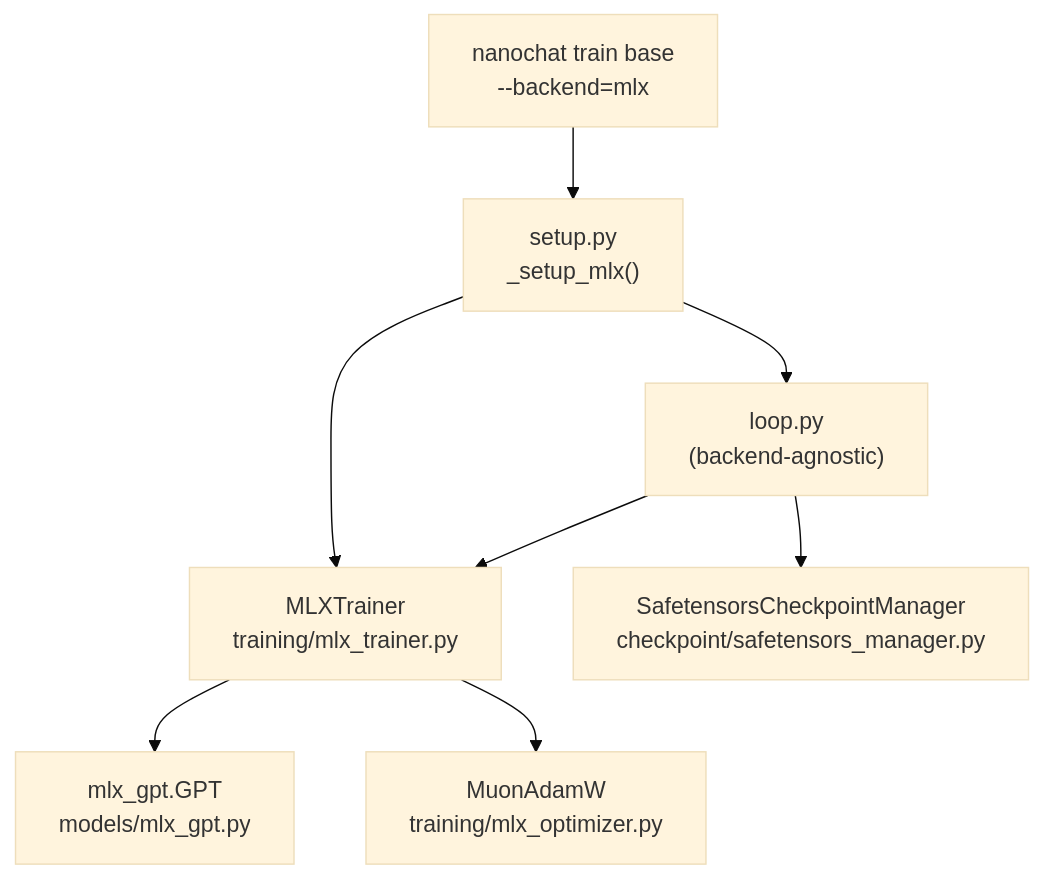
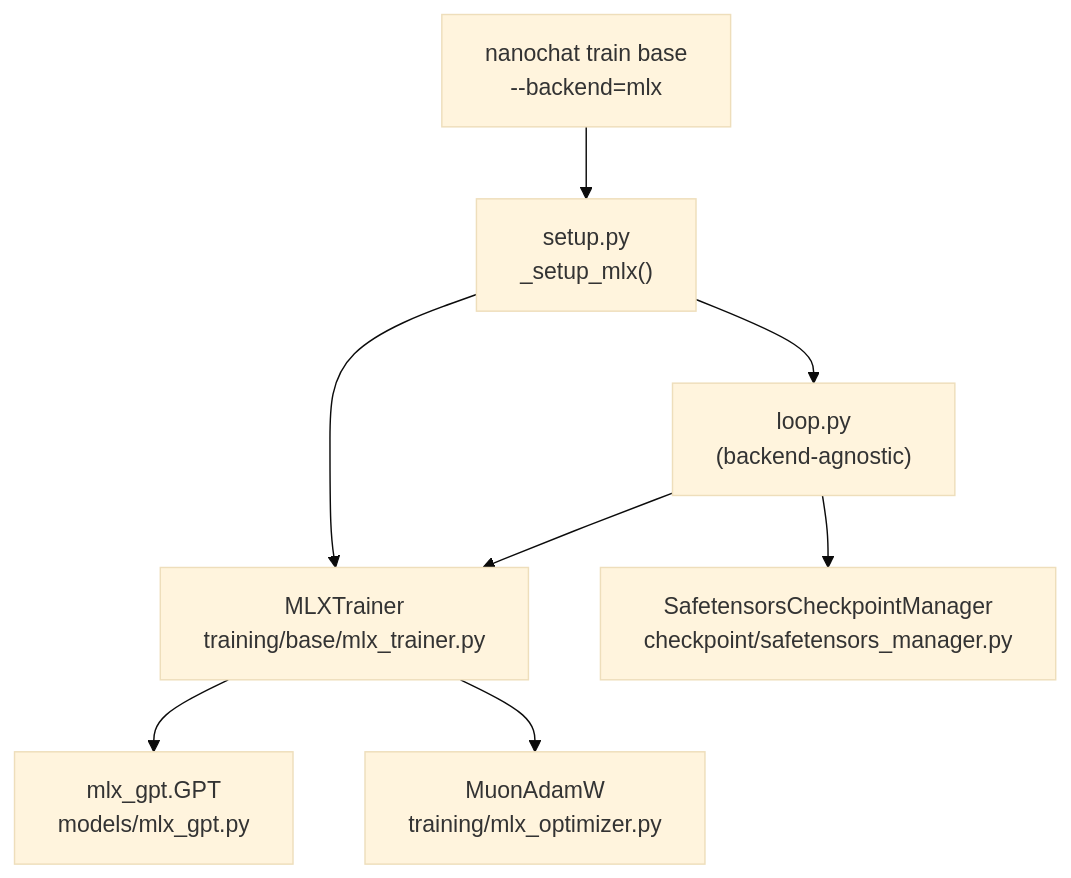
One commit to geronimo-iia/nanochat changed the first of 2 diagrams in docs/design/mlx-backend.md. Above: the diagram before and after it, drawn with Mermaid (base theme). The commit also changed 6 other files, not shown here.

First line of the commit message:
refactor(mlx): move mlx_trainer.py to training/base/

````diff
--- a/docs/design/mlx-backend.md
+++ b/docs/design/mlx-backend.md
@@ -22,18 +22,18 @@
 ```mermaid
 graph TD
     CLI["nanochat train base\n--backend=mlx"]
     Setup["setup.py\n_setup_mlx()"]
-    Trainer["MLXTrainer\ntraining/mlx_trainer.py"]
+    Trainer["MLXTrainer\ntraining/base/mlx_trainer.py"]
     Model["mlx_gpt.GPT\nmodels/mlx_gpt.py"]
     Opt["MuonAdamW\ntraining/mlx_optimizer.py"]
     Loop["loop.py\n(backend-agnostic)"]
     Ckpt["SafetensorsCheckpointManager\ncheckpoint/safetensors_manager.py"]
 
     CLI --> Setup
     Setup --> Trainer
     Trainer --> Model
     Trainer --> Opt
     Setup --> Loop
     Loop --> Trainer
     Loop --> Ckpt
 ```
````
